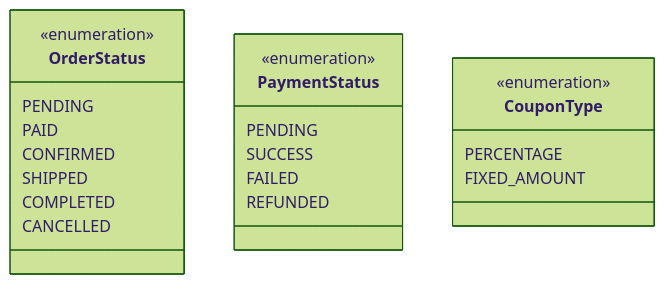
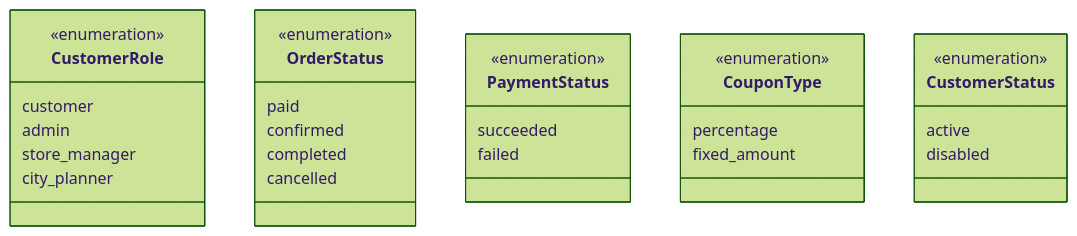
Before and after one commit to DanhTrannn/TLCN: diagram 39 of 58 in docs/design-analysis/OOSAD_ANALYSIS.md, drawn with Mermaid (forest theme). The commit also changed other lines of this file, not shown here.

````diff
--- a/docs/design-analysis/OOSAD_ANALYSIS.md
+++ b/docs/design-analysis/OOSAD_ANALYSIS.md
@@ -1434,26 +1713,36 @@
 ```mermaid
 classDiagram
+    class CustomerRole {
+        <<enumeration>>
+        customer
+        admin
+        store_manager
+        city_planner
+    }
+    
     class OrderStatus {
         <<enumeration>>
-        PENDING
-        PAID
-        CONFIRMED
-        SHIPPED
-        COMPLETED
-        CANCELLED
+        paid
+        confirmed
+        completed
+        cancelled
     }
     
     class PaymentStatus {
         <<enumeration>>
-        PENDING
-        SUCCESS
-        FAILED
-        REFUNDED
+        succeeded
+        failed
     }
     
     class CouponType {
         <<enumeration>>
-        PERCENTAGE
-        FIXED_AMOUNT
+        percentage
+        fixed_amount
+    }
+    
+    class CustomerStatus {
+        <<enumeration>>
+        active
+        disabled
     }
 ```
````
